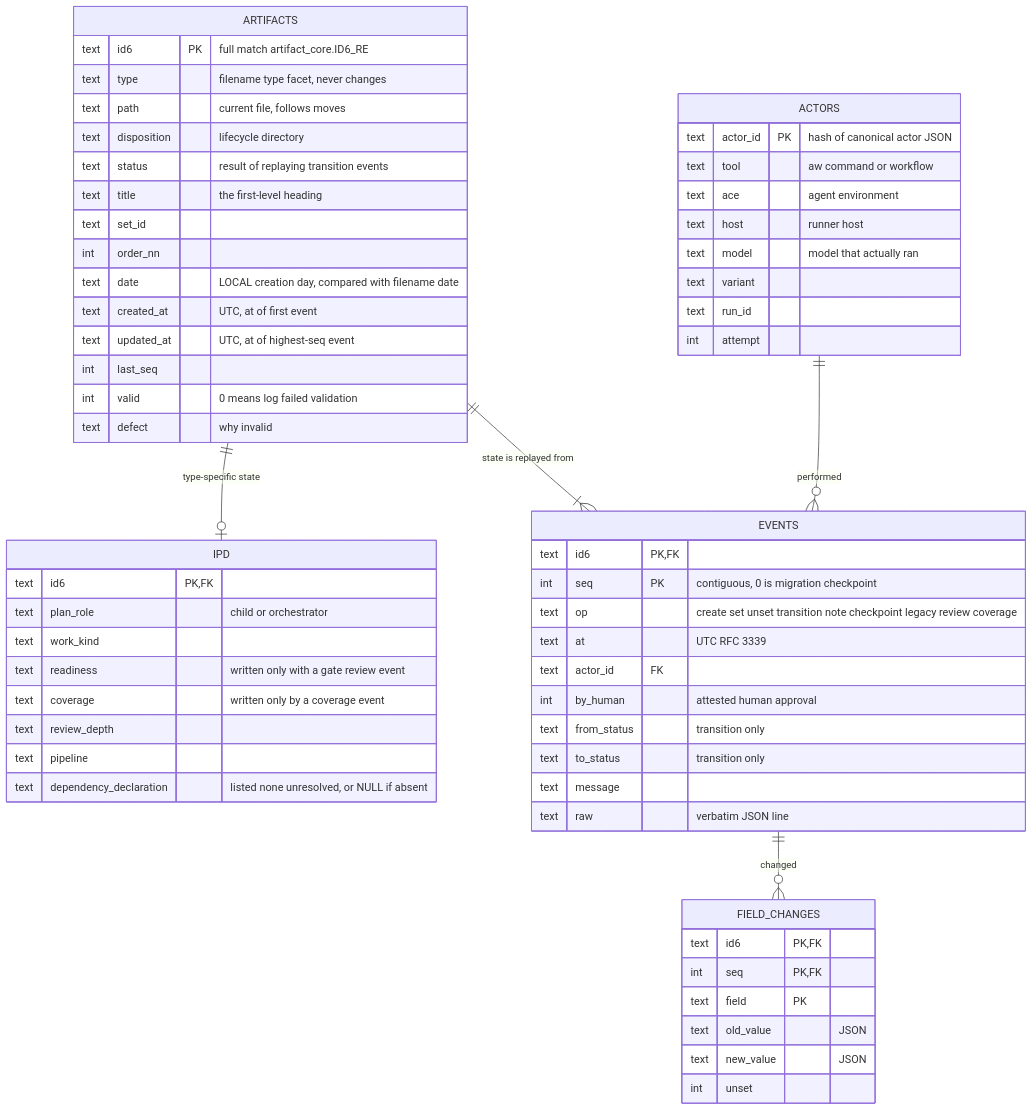
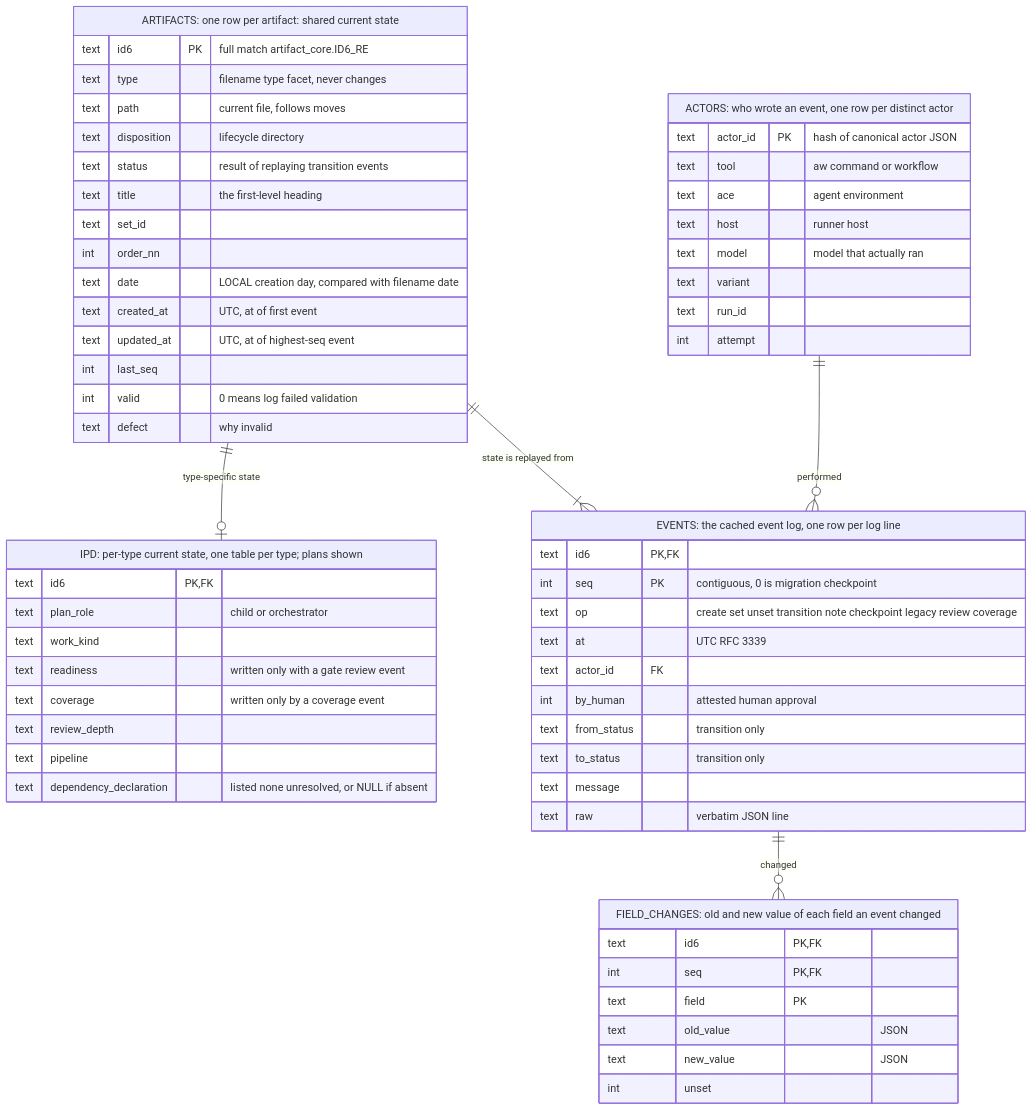
Before and after one commit to fariello/agent-workflows: the first of 10 diagrams in .aw/records/specs/reviewed/20260925-metastore-01-4sd62s-artifact-metadata-store.spec.md, drawn with Mermaid. The commit also changed other lines of this file, not shown here.

First line of the commit message:
spec(4sd62s): add --force-worktree and install --migrate, AC-27..AC-29, redraw 4.9.6, describe ER entities

````diff
--- a/.aw/records/specs/reviewed/20260925-metastore-01-4sd62s-artifact-metadata-store.spec.md
+++ b/.aw/records/specs/reviewed/20260925-metastore-01-4sd62s-artifact-metadata-store.spec.md
@@ -1032,63 +1044,63 @@
 ```mermaid
 erDiagram
-    ARTIFACTS {
+    ARTIFACTS["ARTIFACTS: one row per artifact: shared current state"] {
         text id6 PK "full match artifact_core.ID6_RE"
         text type "filename type facet, never changes"
         text path "current file, follows moves"
         text disposition "lifecycle directory"
         text status "result of replaying transition events"
         text title "the first-level heading"
         text set_id
         int order_nn
         text date "LOCAL creation day, compared with filename date"
         text created_at "UTC, at of first event"
         text updated_at "UTC, at of highest-seq event"
         int last_seq
         int valid "0 means log failed validation"
         text defect "why invalid"
     }
-    IPD {
+    IPD["IPD: per-type current state, one table per type; plans shown"] {
         text id6 PK, FK
         text plan_role "child or orchestrator"
         text work_kind
         text readiness "written only with a gate review event"
         text coverage "written only by a coverage event"
         text review_depth
         text pipeline
         text dependency_declaration "listed none unresolved, or NULL if absent"
     }
-    EVENTS {
+    EVENTS["EVENTS: the cached event log, one row per log line"] {
         text id6 PK, FK
         int seq PK "contiguous, 0 is migration checkpoint"
         text op "create set unset transition note checkpoint legacy review coverage"
         text at "UTC RFC 3339"
         text actor_id FK
         int by_human "attested human approval"
         text from_status "transition only"
         text to_status "transition only"
         text message
         text raw "verbatim JSON line"
     }
-    FIELD_CHANGES {
+    FIELD_CHANGES["FIELD_CHANGES: old and new value of each field an event changed"] {
         text id6 PK, FK
         int seq PK, FK
         text field PK
         text old_value "JSON"
         text new_value "JSON"
         int unset
     }
-    ACTORS {
+    ACTORS["ACTORS: who wrote an event, one row per distinct actor"] {
         text actor_id PK "hash of canonical actor JSON"
         text tool "aw command or workflow"
         text ace "agent environment"
         text host "runner host"
         text model "model that actually ran"
         text variant
         text run_id
         int attempt
     }
     ARTIFACTS ||--o| IPD : "type-specific state"
     ARTIFACTS ||--|{ EVENTS : "state is replayed from"
     EVENTS ||--o{ FIELD_CHANGES : "changed"
     ACTORS ||--o{ EVENTS : "performed"
 ```
````
